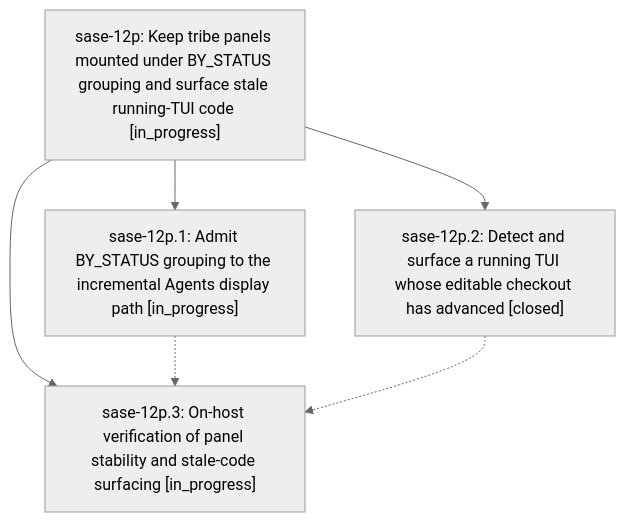
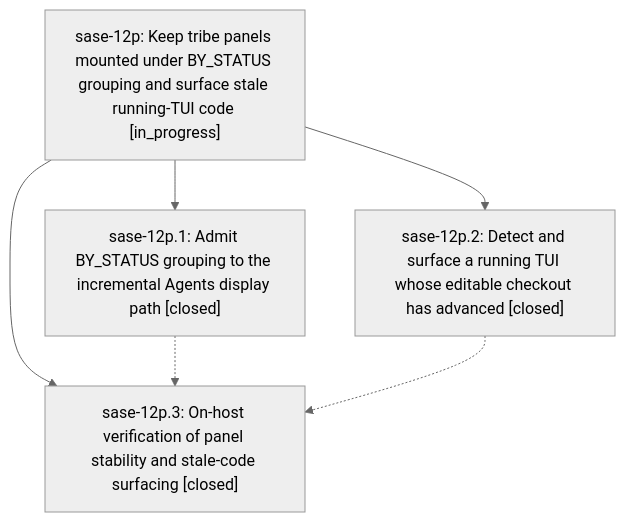
Before and after one commit to sase-org/sase--beads: the diagram in pages/sase-12p/README.md, drawn with Mermaid (neutral theme). The commit also changed other lines of this file and 3 other files, not shown here.

````diff
--- a/pages/sase-12p/README.md
+++ b/pages/sase-12p/README.md
@@ -24,12 +24,12 @@
 ```mermaid
 flowchart TD
     n0["sase-12p: Keep tribe panels mounted under BY_STATUS grouping and surface stale running-TUI code [in_progress]"]
-    n1["sase-12p.1: Admit BY_STATUS grouping to the incremental Agents display path [in_progress]"]
+    n1["sase-12p.1: Admit BY_STATUS grouping to the incremental Agents display path [closed]"]
     n2["sase-12p.2: Detect and surface a running TUI whose editable checkout has advanced [closed]"]
-    n3["sase-12p.3: On-host verification of panel stability and stale-code surfacing [in_progress]"]
+    n3["sase-12p.3: On-host verification of panel stability and stale-code surfacing [closed]"]
     n0 --> n1
     n0 --> n2
     n0 --> n3
     n1 -.-> n3
     n2 -.-> n3
 ```
````
